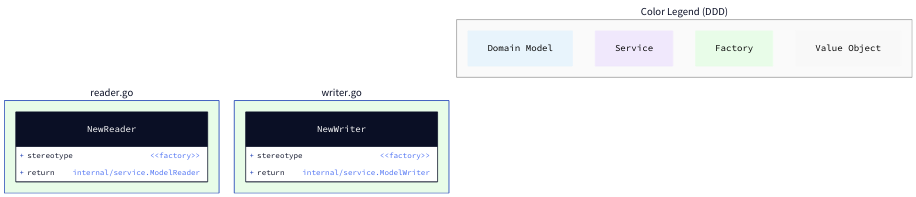
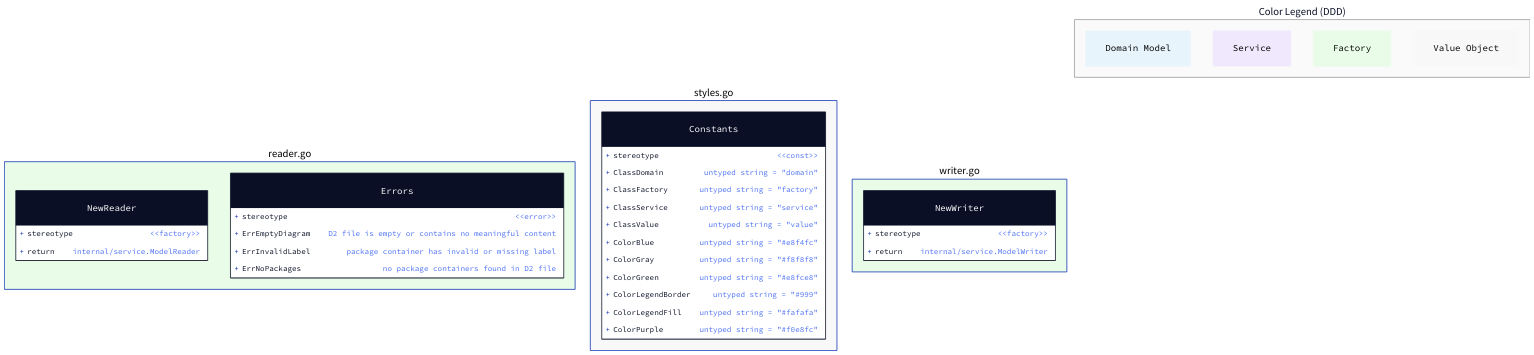
Before and after one commit to kgatilin/archai: the diagram in internal/adapter/d2/.arch/pub.d2, drawn with D2. The commit also changed 127 other files, not shown here.

```diff
--- a/internal/adapter/d2/.arch/pub.d2
+++ b/internal/adapter/d2/.arch/pub.d2
@@ -1,65 +1,112 @@
 # d2 package
+
+# Style classes
+classes: {
+  domain: {
+    style.fill: "#e8f4fc"
+    style.font-color: "#000"
+  }
+  service: {
+    style.fill: "#f0e8fc"
+    style.font-color: "#000"
+  }
+  factory: {
+    style.fill: "#e8fce8"
+    style.font-color: "#000"
+  }
+  value: {
+    style.fill: "#f8f8f8"
+    style.font-color: "#000"
+  }
+}
 
 # Legend
 legend: {
   label: "Color Legend (DDD)"
   style.stroke: "#999"
   style.fill: "#fafafa"
   near: top-right
 
   aggregate: {
     label: "Domain Model"
     shape: class
-    style.fill: "#e8f4fc"
-    style.font-color: "#000"
+    class: domain
   }
   service: {
     label: "Service"
     shape: class
-    style.fill: "#f0e8fc"
-    style.font-color: "#000"
+    class: service
   }
   factory: {
     label: "Factory"
     shape: class
-    style.fill: "#e8fce8"
-    style.font-color: "#000"
+    class: factory
   }
   options: {
     label: "Value Object"
     shape: class
-    style.fill: "#f8f8f8"
-    style.font-color: "#000"
+    class: value
   }
 }
 
 # Files
 reader: {
   label: "reader.go"
-  style.fill: "#e8fce8"
+  class: factory
 
   NewReader: {
     shape: class
     stereotype: "<<factory>>"
 
     "return": "internal/service.ModelReader"
   }
 
 
+  Errors: {
+    shape: class
+    stereotype: "<<error>>"
+
+    "ErrEmptyDiagram": "D2 file is empty or contains no meaningful content"
+    "ErrInvalidLabel": "package container has invalid or missing label"
+    "ErrNoPackages": "no package containers found in D2 file"
+  }
+
+}
+
+styles: {
+  label: "styles.go"
+  class: value
+
+  Constants: {
+    shape: class
+    stereotype: "<<const>>"
+
+    "ClassDomain": "untyped string = \"domain\""
+    "ClassFactory": "untyped string = \"factory\""
+    "ClassService": "untyped string = \"service\""
+    "ClassValue": "untyped string = \"value\""
+    "ColorBlue": "untyped string = \"#e8f4fc\""
+    "ColorGray": "untyped string = \"#f8f8f8\""
+    "ColorGreen": "untyped string = \"#e8fce8\""
+    "ColorLegendBorder": "untyped string = \"#999\""
+    "ColorLegendFill": "untyped string = \"#fafafa\""
+    "ColorPurple": "untyped string = \"#f0e8fc\""
+  }
+
 }
 
 writer: {
   label: "writer.go"
-  style.fill: "#e8fce8"
+  class: factory
 
   NewWriter: {
     shape: class
     stereotype: "<<factory>>"
 
     "return": "internal/service.ModelWriter"
   }
 
 
 }
 
 # Dependencies
```
